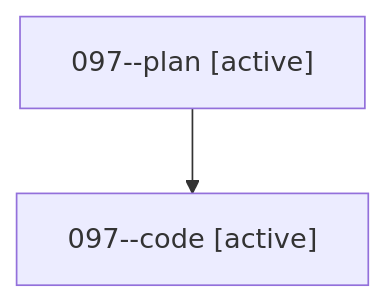
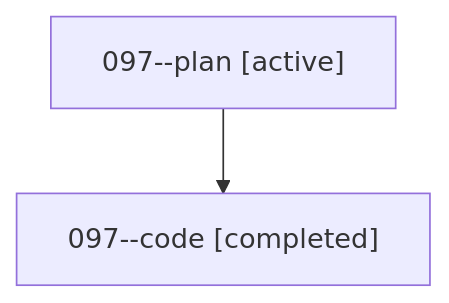
One commit to sase-org/sase--agents changed the diagram in families/bbugyi200.athena.097.md. Above: the diagram before and after it, drawn with Mermaid. The commit also changed other lines of this file and 35830 other files, not shown here.

````diff
--- a/families/bbugyi200.athena.097.md
+++ b/families/bbugyi200.athena.097.md
@@ -9,6 +9,6 @@
 ```mermaid
 flowchart TD
   n0["097--plan [active]"]
-  n1["097--code [active]"]
+  n1["097--code [completed]"]
   n0 --> n1
 ```
````
